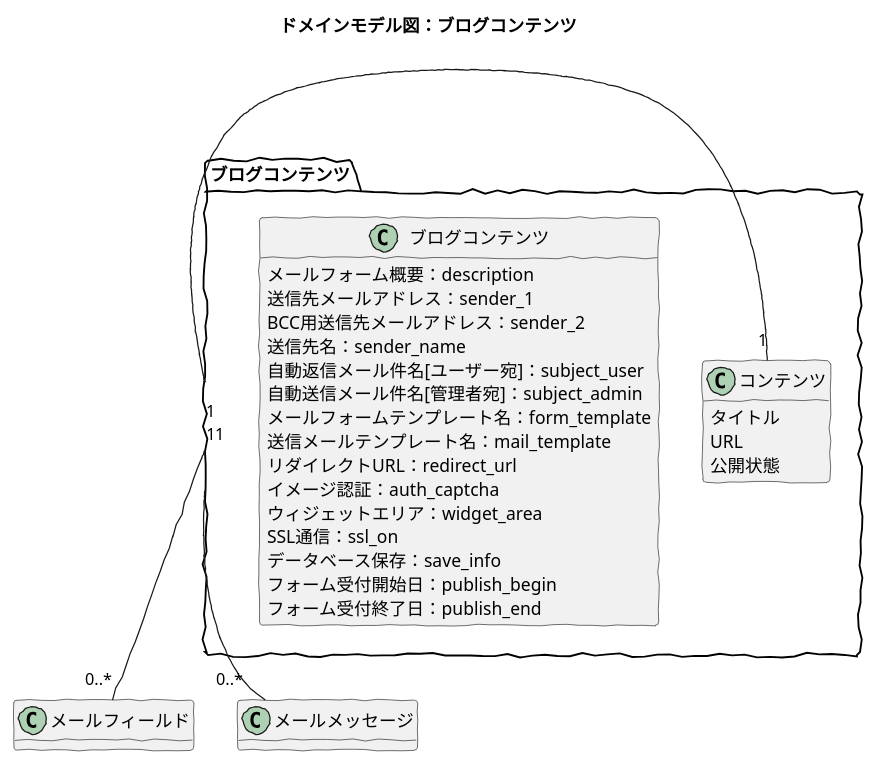
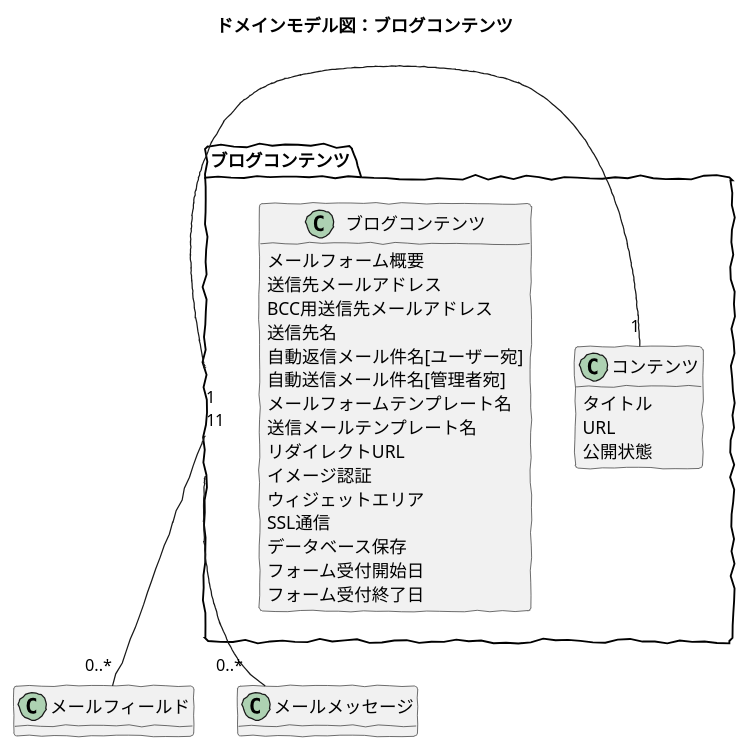
Before and after one commit to baserproject/baserproject.github.io: the diagram in src/puml/5/ucmitz/svg/domain_model/bc-mail/mail_contents.puml, drawn with PlantUML. The commit also changed 4 other files, not shown here.

```diff
--- a/src/puml/5/ucmitz/svg/domain_model/bc-mail/mail_contents.puml
+++ b/src/puml/5/ucmitz/svg/domain_model/bc-mail/mail_contents.puml
@@ -1,40 +1,40 @@
 @startuml
 skinparam handwritten true
 skinparam backgroundColor white
 hide method
 
 title ドメインモデル図：ブログコンテンツ
 
 package ブログコンテンツ {
 	
 	class ブログコンテンツ {
-メールフォーム概要：description
-送信先メールアドレス：sender_1
-BCC用送信先メールアドレス：sender_2
-送信先名：sender_name
-自動返信メール件名[ユーザー宛]：subject_user
-自動送信メール件名[管理者宛]：subject_admin
-メールフォームテンプレート名：form_template
-送信メールテンプレート名：mail_template
-リダイレクトURL：redirect_url
-イメージ認証：auth_captcha
-ウィジェットエリア：widget_area
-SSL通信：ssl_on
-データベース保存：save_info
-フォーム受付開始日：publish_begin
-フォーム受付終了日：publish_end
+		メールフォーム概要
+		送信先メールアドレス
+		BCC用送信先メールアドレス
+		送信先名
+		自動返信メール件名[ユーザー宛]
+		自動送信メール件名[管理者宛]
+		メールフォームテンプレート名
+		送信メールテンプレート名
+		リダイレクトURL
+		イメージ認証
+		ウィジェットエリア
+		SSL通信
+		データベース保存
+		フォーム受付開始日
+		フォーム受付終了日
 	}
 	
 	class コンテンツ {
 		タイトル
 		URL
 		公開状態
 	}
 
 }
 
 ブログコンテンツ "1" - "1" コンテンツ 
 ブログコンテンツ "1" -down- "0..*" メールフィールド
 ブログコンテンツ "1" -down- "0..*" メールメッセージ
 
 @enduml
```
